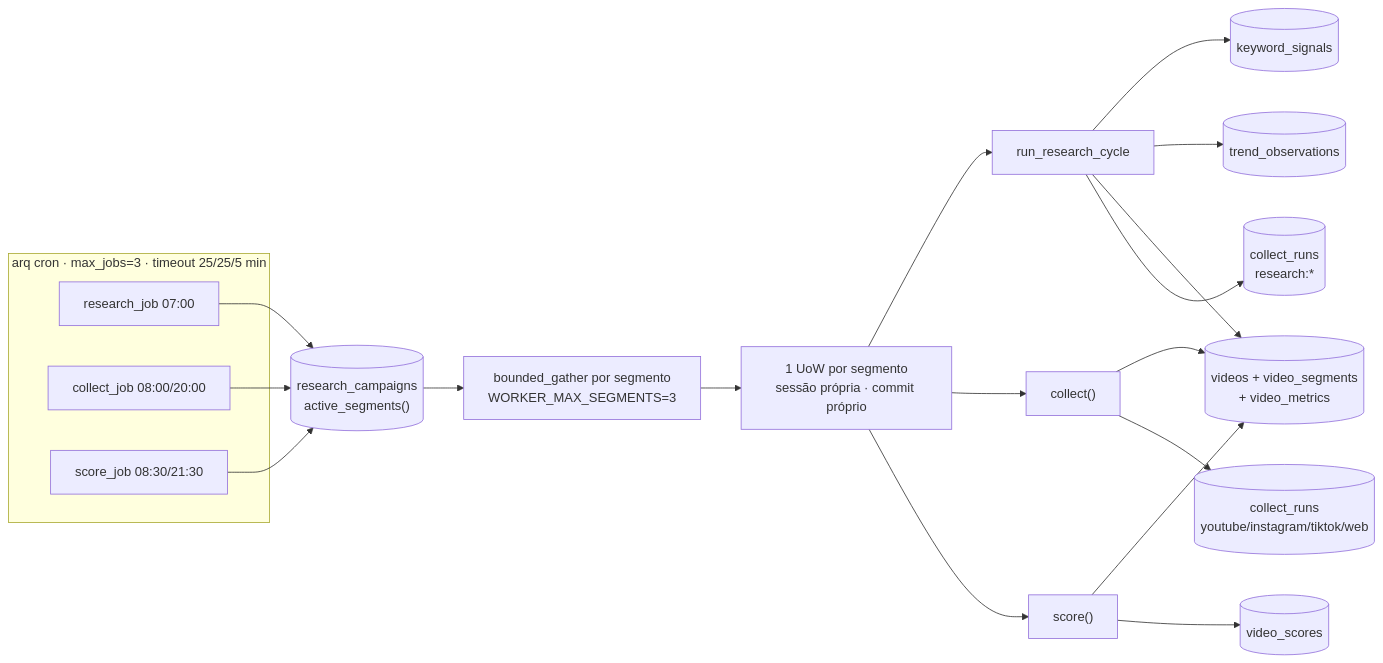
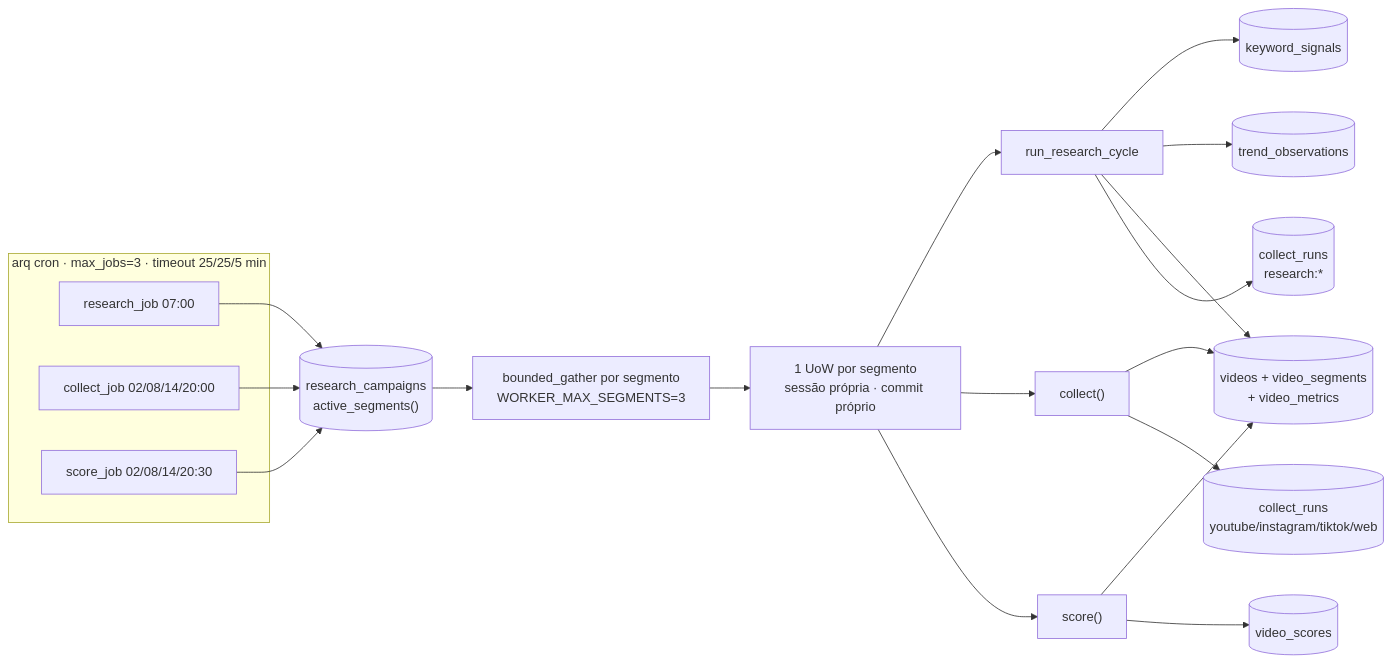
Before and after one commit to leonardodg/content-factory: the third of 7 diagrams in docs/diagram/mapa-do-ciclo.md, drawn with Mermaid. The commit also changed other lines of this file and 3 other files, not shown here.

Commit message:
docs(worker): cron collect/score 4x/dia na operação e diagramas (R12)

````diff
--- a/docs/diagram/mapa-do-ciclo.md
+++ b/docs/diagram/mapa-do-ciclo.md
@@ -81,25 +79,25 @@
 ```mermaid
 flowchart LR
     subgraph CRON["arq cron · max_jobs=3 · timeout 25/25/5 min"]
         R["research_job 07:00"]
-        C["collect_job 08:00/20:00"]
-        S["score_job 08:30/21:30"]
+        C["collect_job 02/08/14/20:00"]
+        S["score_job 02/08/14/20:30"]
     end
     CAMP[("research_campaigns<br/>active_segments()")]
     R & C & S --> CAMP
     CAMP --> BG["bounded_gather por segmento<br/>WORKER_MAX_SEGMENTS=3"]
     BG --> UOW["1 UoW por segmento<br/>sessão própria · commit próprio"]
 
     UOW --> RC["run_research_cycle"]
     UOW --> CO["collect()"]
     UOW --> SC["score()"]
 
     RC --> KS[("keyword_signals")]
     RC --> TO[("trend_observations")]
     RC --> V[("videos + video_segments<br/>+ video_metrics")]
     RC --> CR[("collect_runs<br/>research:*")]
     CO --> V
     CO --> CR2[("collect_runs<br/>youtube/instagram/tiktok/web")]
     SC --> V
     SC --> VS[("video_scores")]
 ```
````
